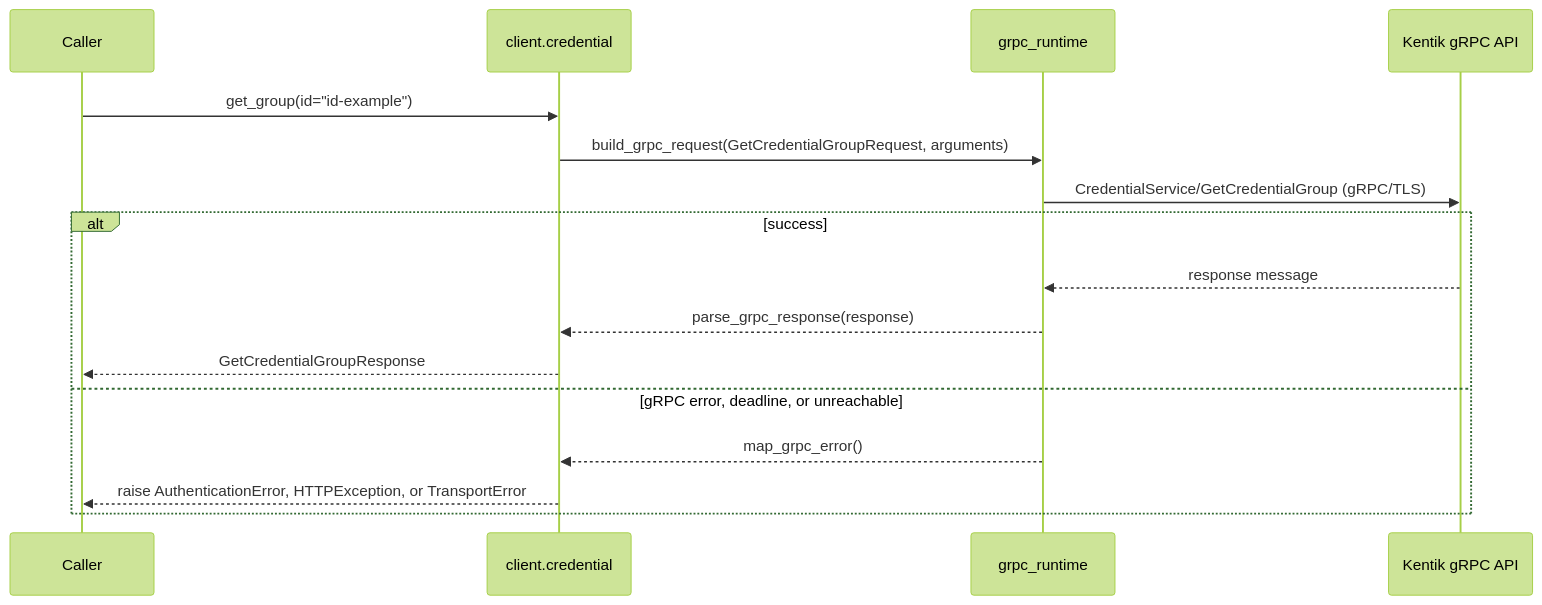
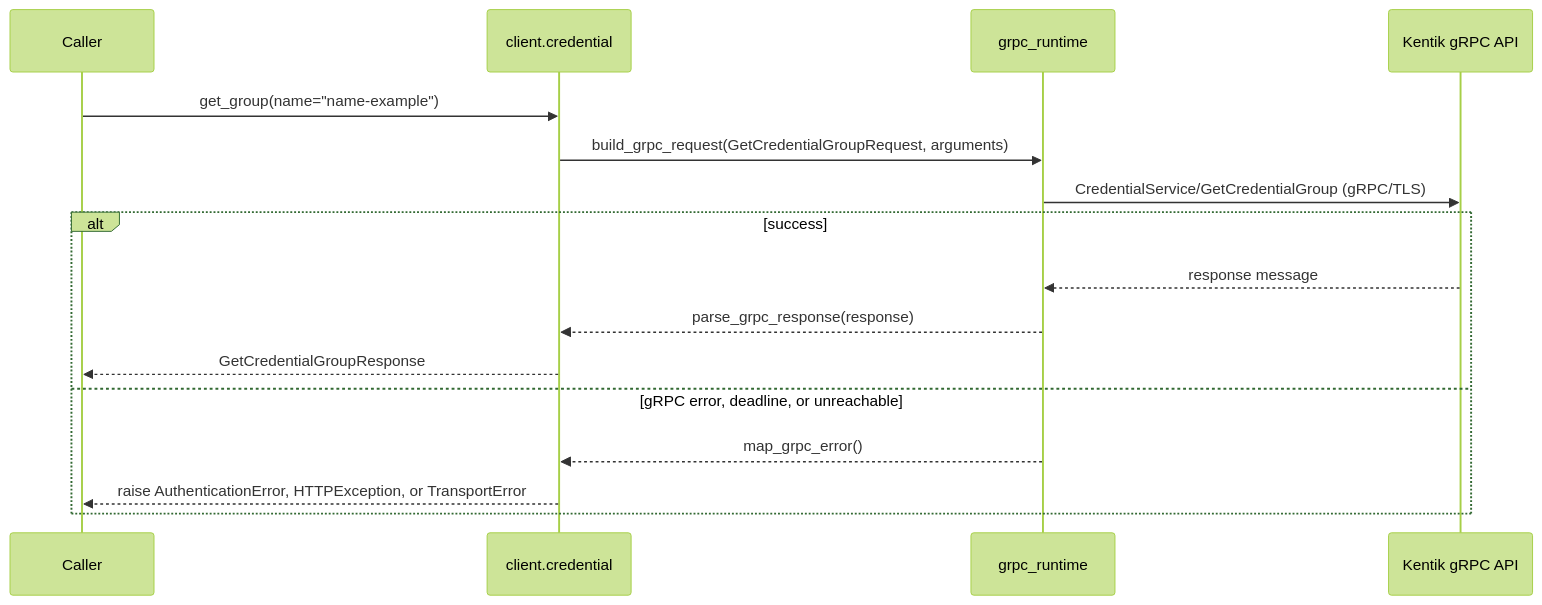
Diagram 15 of 22 in docs/sphinx/services/credential.md (alexdearaujo/community_sdk_python), drawn with Mermaid (forest theme) before and after one commit. The commit also changed other lines of this file and 56 other files, not shown here.

Commit message:
chore: sync schema, credential API v20261020alpha1

````diff
--- a/docs/sphinx/services/credential.md
+++ b/docs/sphinx/services/credential.md
@@ -127,19 +507,19 @@
 ```mermaid
 sequenceDiagram
     participant C as Caller
     participant W as client.credential
     participant R as grpc_runtime
     participant API as Kentik gRPC API
 
-    C->>W: get_group(id="id-example")
+    C->>W: get_group(name="name-example")
     W->>R: build_grpc_request(GetCredentialGroupRequest, arguments)
     R->>API: CredentialService/GetCredentialGroup (gRPC/TLS)
     alt success
         API-->>R: response message
         R-->>W: parse_grpc_response(response)
         W-->>C: GetCredentialGroupResponse
     else gRPC error, deadline, or unreachable
         R-->>W: map_grpc_error()
         W-->>C: raise AuthenticationError, HTTPException, or TransportError
     end
 ```
````
